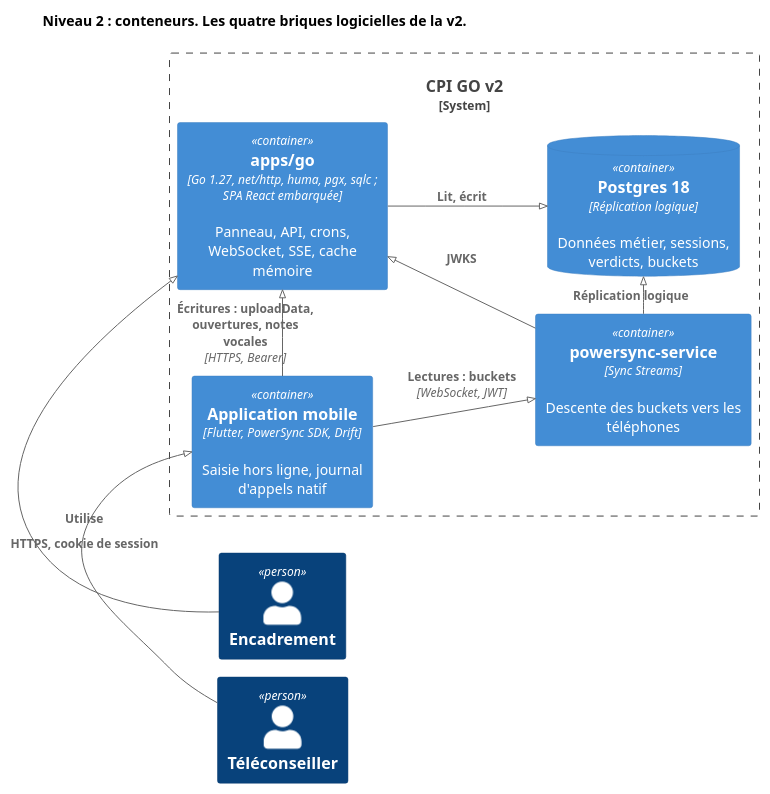
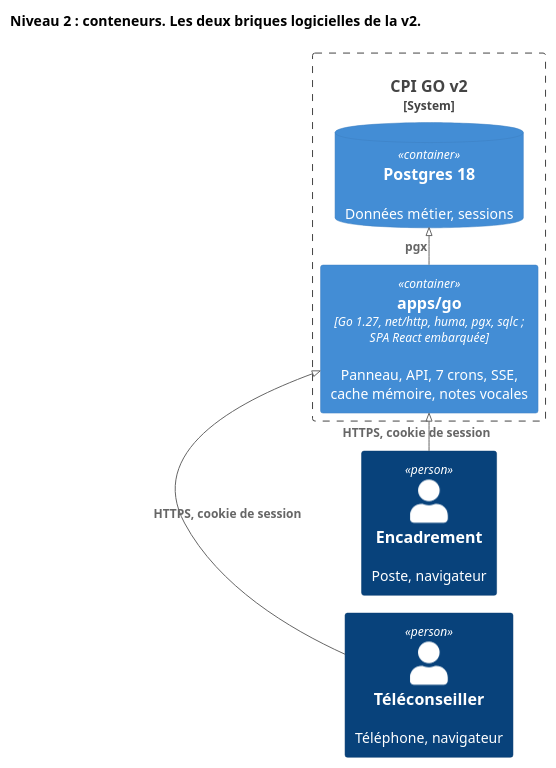
Before and after one commit to Compagnie-Prestige-Immobilier/crm-monorepo: the diagram in docs/v2-refonte/diagrammes/02-conteneurs.puml, drawn with PlantUML. The commit also changed 15 other files, not shown here.

```diff
--- a/docs/v2-refonte/diagrammes/02-conteneurs.puml
+++ b/docs/v2-refonte/diagrammes/02-conteneurs.puml
@@ -1,24 +1,18 @@
 @startuml 02-conteneurs
 !pragma layout smetana
 !include https://raw.githubusercontent.com/plantuml-stdlib/C4-PlantUML/master/C4_Container.puml
 LAYOUT_LEFT_RIGHT()
-title Niveau 2 : conteneurs. Les quatre briques logicielles de la v2.
+title Niveau 2 : conteneurs. Les deux briques logicielles de la v2.
 
-Person(tc, "Téléconseiller")
-Person(enc, "Encadrement")
+Person(tc, "Téléconseiller", "Téléphone, navigateur")
+Person(enc, "Encadrement", "Poste, navigateur")
 
 System_Boundary(cpi, "CPI GO v2") {
-  Container(mobile, "Application mobile", "Flutter, PowerSync SDK, Drift", "Saisie hors ligne, journal d'appels natif")
-  Container(go, "apps/go", "Go 1.27, net/http, huma, pgx, sqlc ; SPA React embarquée", "Panneau, API, crons, WebSocket, SSE, cache mémoire")
-  Container(ps, "powersync-service", "Sync Streams", "Descente des buckets vers les téléphones")
-  ContainerDb(pg, "Postgres 18", "Réplication logique", "Données métier, sessions, verdicts, buckets")
+  Container(go, "apps/go", "Go 1.27, net/http, huma, pgx, sqlc ; SPA React embarquée", "Panneau, API, 7 crons, SSE, cache mémoire, notes vocales")
+  ContainerDb(pg, "Postgres 18", "", "Données métier, sessions")
 }
 
+Rel_R(tc, go, "HTTPS, cookie de session")
 Rel_R(enc, go, "HTTPS, cookie de session")
-Rel_R(tc, mobile, "Utilise")
-Rel_R(mobile, go, "Écritures : uploadData, ouvertures, notes vocales", "HTTPS, Bearer")
-Rel_R(mobile, ps, "Lectures : buckets", "WebSocket, JWT")
-Rel_R(go, pg, "Lit, écrit")
-Rel_R(ps, pg, "Réplication logique")
-Rel_U(ps, go, "JWKS")
+Rel_R(go, pg, "pgx")
 @enduml
```
